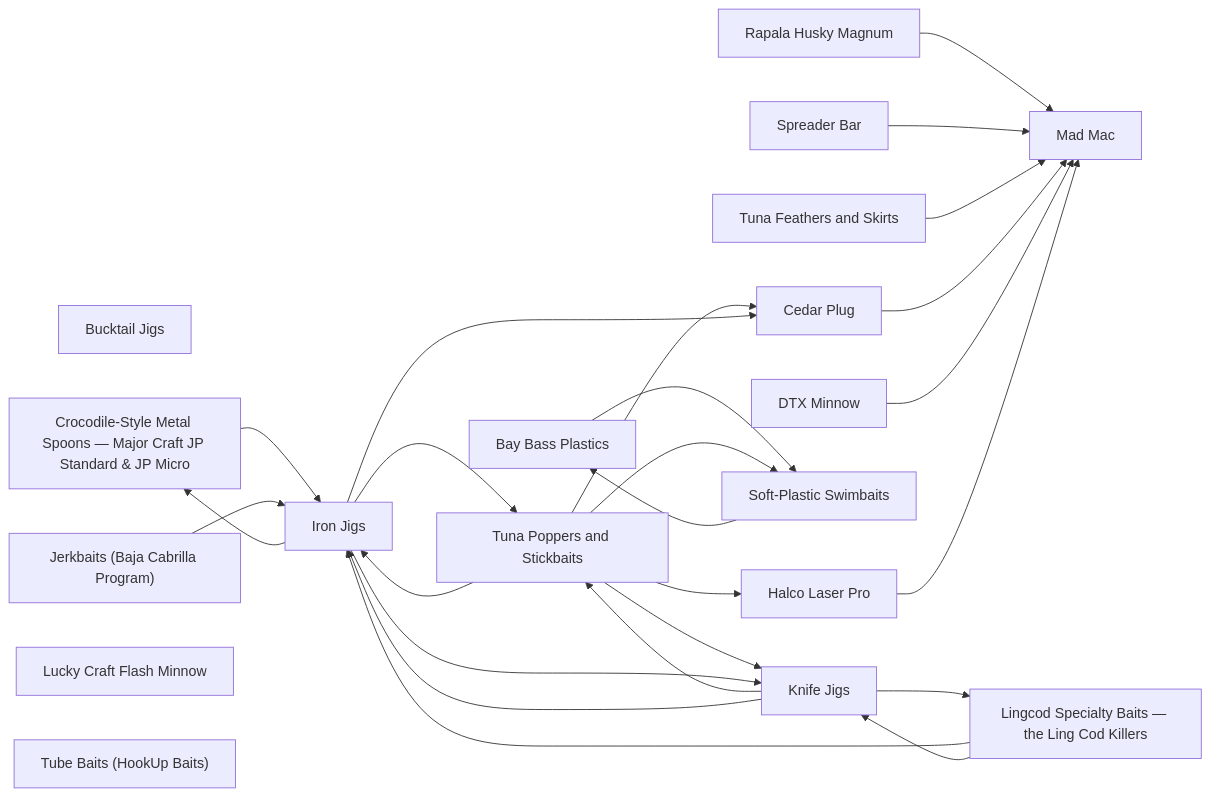
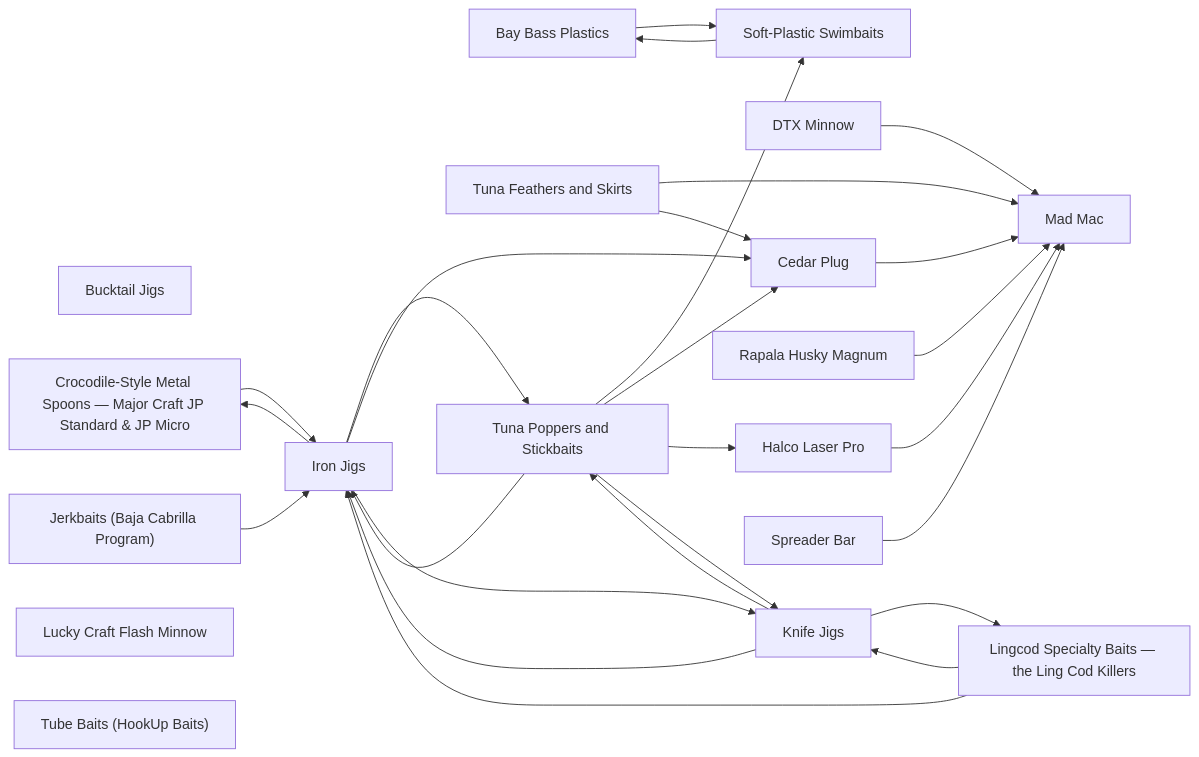
One commit to camchuckpete-max/Socal-Fishing-Knowledge changed the diagram in lures/README.md. Above: the diagram before and after it, drawn with Mermaid. The commit also changed 6 other files, not shown here.

````diff
--- a/lures/README.md
+++ b/lures/README.md
@@ -34,45 +34,46 @@
 ```mermaid
 graph LR
   n0["Bay Bass Plastics"]
   n1["Bucktail Jigs"]
   n2["Cedar Plug"]
   n3["Crocodile-Style Metal Spoons — Major Craft JP Standard & JP Micro"]
   n4["DTX Minnow"]
   n5["Halco Laser Pro"]
   n6["Iron Jigs"]
   n7["Jerkbaits (Baja Cabrilla Program)"]
   n8["Knife Jigs"]
   n9["Lingcod Specialty Baits — the Ling Cod Killers"]
   n10["Lucky Craft Flash Minnow"]
   n11["Mad Mac"]
   n12["Rapala Husky Magnum"]
   n13["Soft-Plastic Swimbaits"]
   n14["Spreader Bar"]
   n15["Tube Baits (HookUp Baits)"]
   n16["Tuna Feathers and Skirts"]
   n17["Tuna Poppers and Stickbaits"]
   n0 --> n13
   n12 --> n11
   n13 --> n0
   n14 --> n11
   n16 --> n11
+  n16 --> n2
   n17 --> n13
   n17 --> n2
   n17 --> n5
   n17 --> n6
   n17 --> n8
   n2 --> n11
   n3 --> n6
   n4 --> n11
   n5 --> n11
   n6 --> n17
   n6 --> n2
   n6 --> n3
   n6 --> n8
   n7 --> n6
   n8 --> n17
   n8 --> n6
   n8 --> n9
   n9 --> n6
   n9 --> n8
 ```
````
